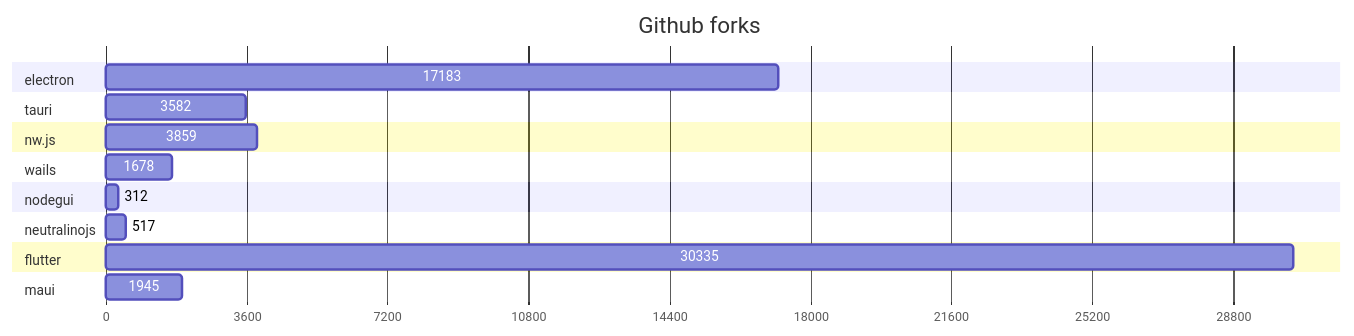
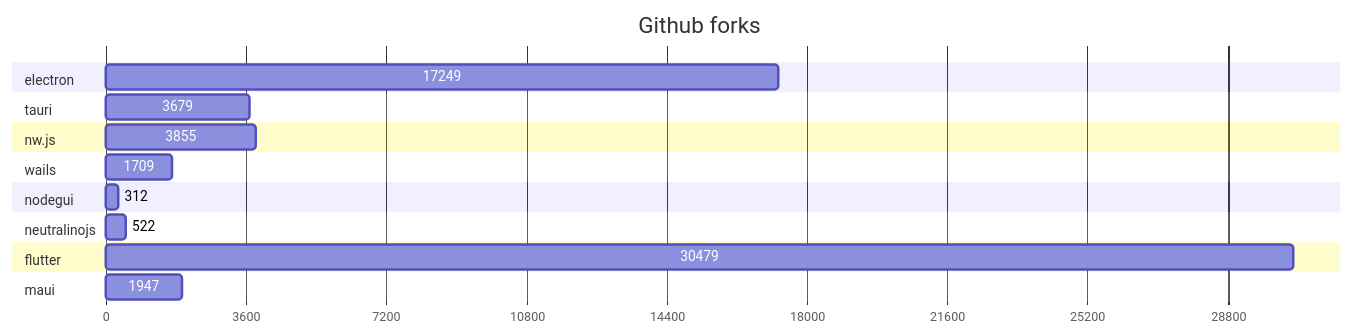
The second of 2 diagrams in GRAPHS.md (Elanis/web-to-desktop-framework-comparison), drawn with Mermaid before and after one commit. The commit also changed other lines of this file and 2 other files, not shown here.

````diff
--- a/GRAPHS.md
+++ b/GRAPHS.md
@@ -47,40 +47,40 @@
 ```mermaid
 gantt
     title Github forks
     dateFormat  X
     axisFormat %s
 
 
 	section electron
-	17183 : 0, 17183
+	17249 : 0, 17249
 
 	
 	section tauri
-	3582 : 0, 3582
+	3679 : 0, 3679
 
 	
 	section nw.js
-	3859 : 0, 3859
+	3855 : 0, 3855
 
 	
 	section wails
-	1678 : 0, 1678
+	1709 : 0, 1709
 
 	
 	section nodegui
 	312 : 0, 312
 
 	
 	section neutralinojs
-	517 : 0, 517
+	522 : 0, 522
 
 	
 	section flutter
-	30335 : 0, 30335
+	30479 : 0, 30479
 
 	
 	section maui
-	1945 : 0, 1945
+	1947 : 0, 1947
 
 	
 ```
````
